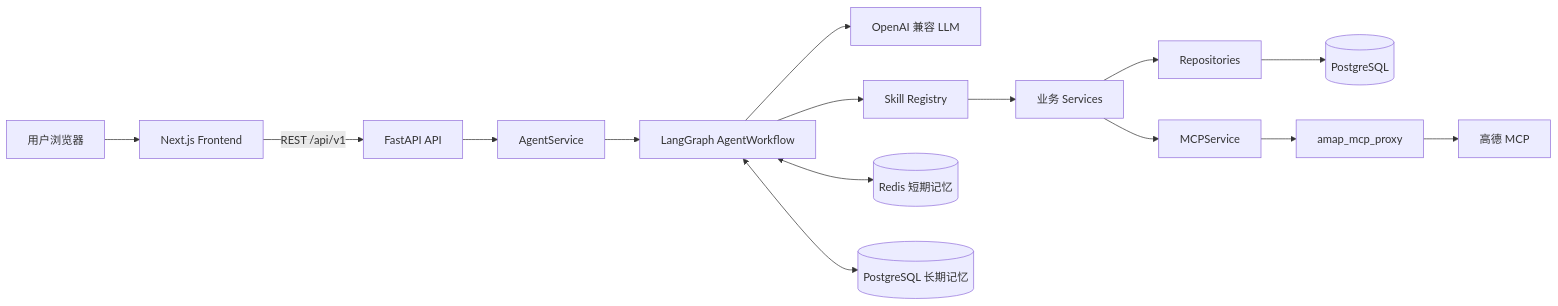
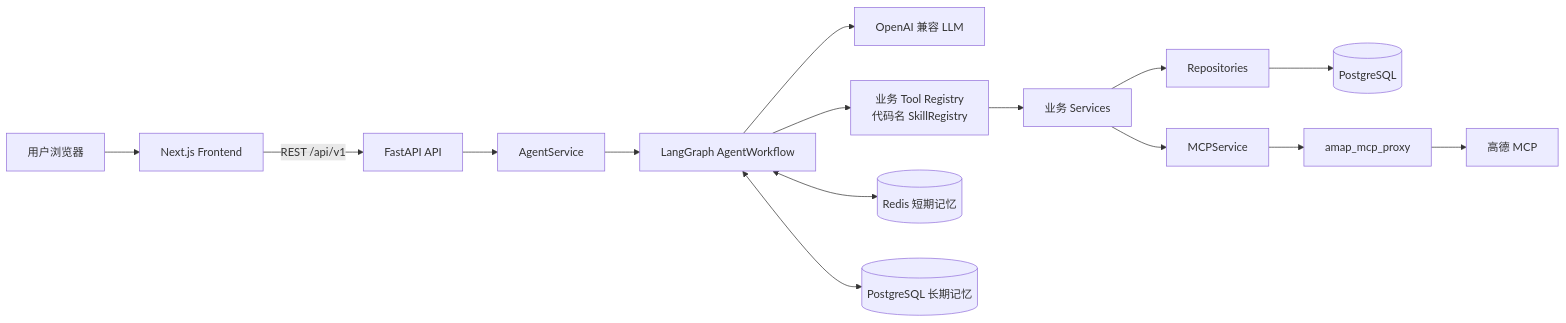
Before and after one commit to lsz-code/tastescout-agent: the first of 4 diagrams in ARCHITECTURE.md, drawn with Mermaid. The commit also changed other lines of this file and 15 other files, not shown here.

````diff
--- a/ARCHITECTURE.md
+++ b/ARCHITECTURE.md
@@ -15,19 +15,19 @@
 ```mermaid
 flowchart LR
     U[用户浏览器] --> FE[Next.js Frontend]
     FE -->|REST /api/v1| API[FastAPI API]
     API --> AS[AgentService]
     AS --> LG[LangGraph AgentWorkflow]
 
     LG --> LLM[OpenAI 兼容 LLM]
-    LG --> SK[Skill Registry]
+    LG --> SK[业务 Tool Registry<br/>代码名 SkillRegistry]
     LG <--> STM[(Redis 短期记忆)]
     LG <--> LTM[(PostgreSQL 长期记忆)]
 
     SK --> SVC[业务 Services]
     SVC --> REPO[Repositories]
     REPO --> DB[(PostgreSQL)]
     SVC --> MCP[MCPService]
     MCP --> PROXY[amap_mcp_proxy]
     PROXY --> AMAP[高德 MCP]
 ```
````
